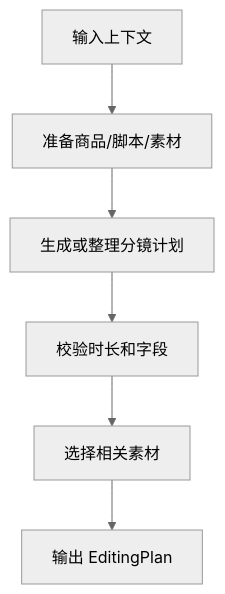
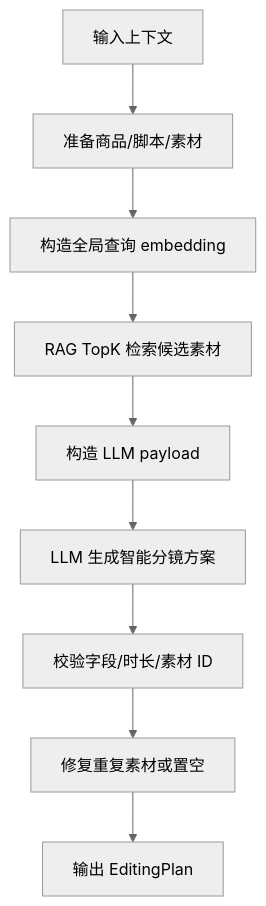
One commit to xiaoyugangg/tiktok_shop changed diagram 16 of 17 in docs/项目讲解.md. Above: the diagram before and after it, drawn with Mermaid (neutral theme). The commit also changed other lines of this file and 46 other files, not shown here.

````diff
--- a/docs/项目讲解.md
+++ b/docs/项目讲解.md
@@ -953,8 +1285,11 @@
 ```mermaid
 flowchart TD
   A[输入上下文] --> B[准备商品/脚本/素材]
-  B --> C[生成或整理分镜计划]
-  C --> D[校验时长和字段]
-  D --> E[选择相关素材]
-  E --> F[输出 EditingPlan]
+  B --> C[构造全局查询 embedding]
+  C --> D[RAG TopK 检索候选素材]
+  D --> E[构造 LLM payload]
+  E --> F[LLM 生成智能分镜方案]
+  F --> G[校验字段/时长/素材 ID]
+  G --> H[修复重复素材或置空]
+  H --> I[输出 EditingPlan]
 ```
````
